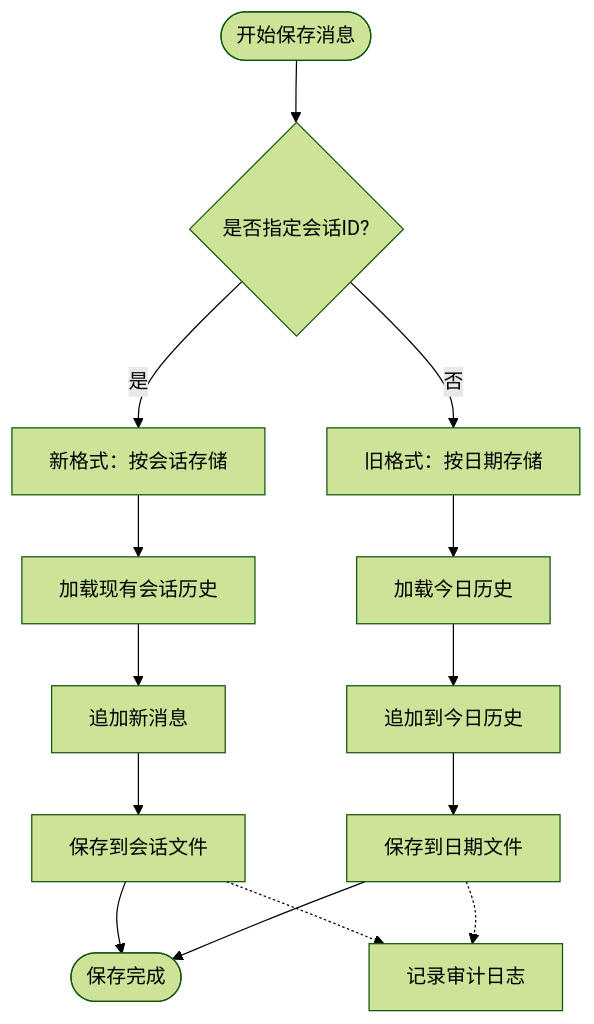
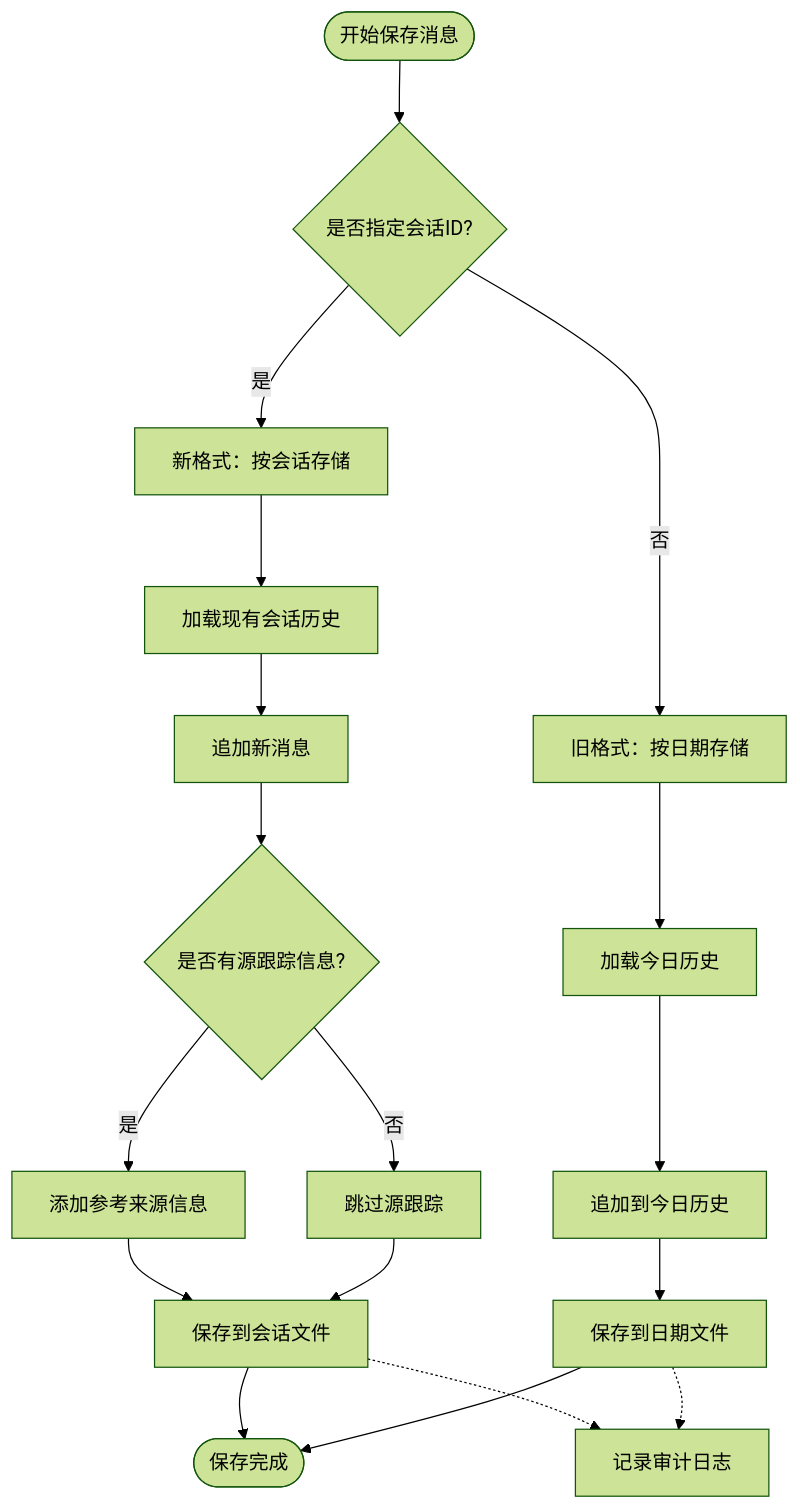
The fifth of 9 diagrams in .qoder/repowiki/zh/content/业务服务层/会话历史管理.md (joyafa/knowledge), drawn with Mermaid (forest theme) before and after one commit. The commit also changed other lines of this file and 16 other files, not shown here.

````diff
--- a/.qoder/repowiki/zh/content/业务服务层/会话历史管理.md
+++ b/.qoder/repowiki/zh/content/业务服务层/会话历史管理.md
@@ -219,16 +241,20 @@
 ```mermaid
 flowchart TD
 Start([开始保存消息]) --> CheckSession{"是否指定会话ID?"}
 CheckSession --> |是| NewFormat["新格式：按会话存储"]
 CheckSession --> |否| OldFormat["旧格式：按日期存储"]
 NewFormat --> LoadHistory["加载现有会话历史"]
 LoadHistory --> AppendMsg["追加新消息"]
-AppendMsg --> SaveNew["保存到会话文件"]
+AppendMsg --> CheckSources{"是否有源跟踪信息?"}
+CheckSources --> |是| AddSources["添加参考来源信息"]
+CheckSources --> |否| SkipSources["跳过源跟踪"]
+AddSources --> SaveNew["保存到会话文件"]
+SkipSources --> SaveNew
 OldFormat --> LoadOld["加载今日历史"]
 LoadOld --> AppendOld["追加到今日历史"]
 AppendOld --> SaveOld["保存到日期文件"]
 SaveNew --> End([保存完成])
 SaveOld --> End
 SaveNew -.-> AuditLog["记录审计日志"]
 SaveOld -.-> AuditLog
 ```
````
